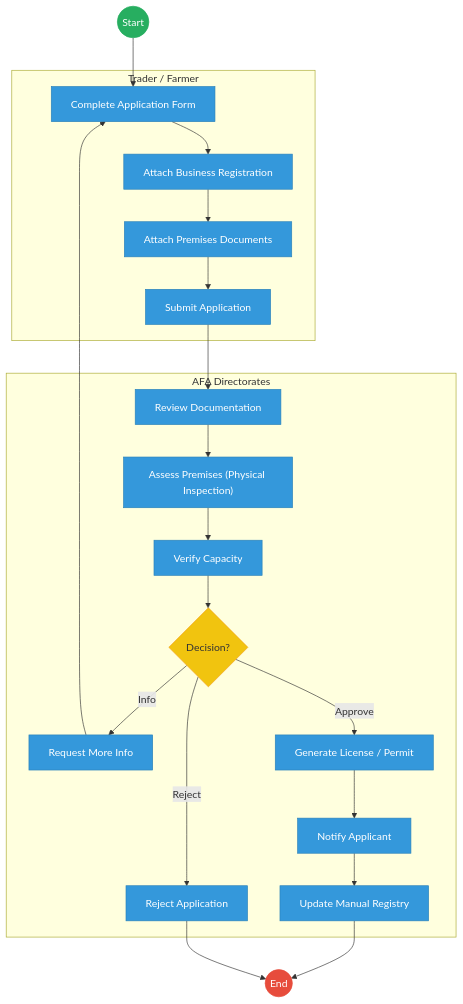
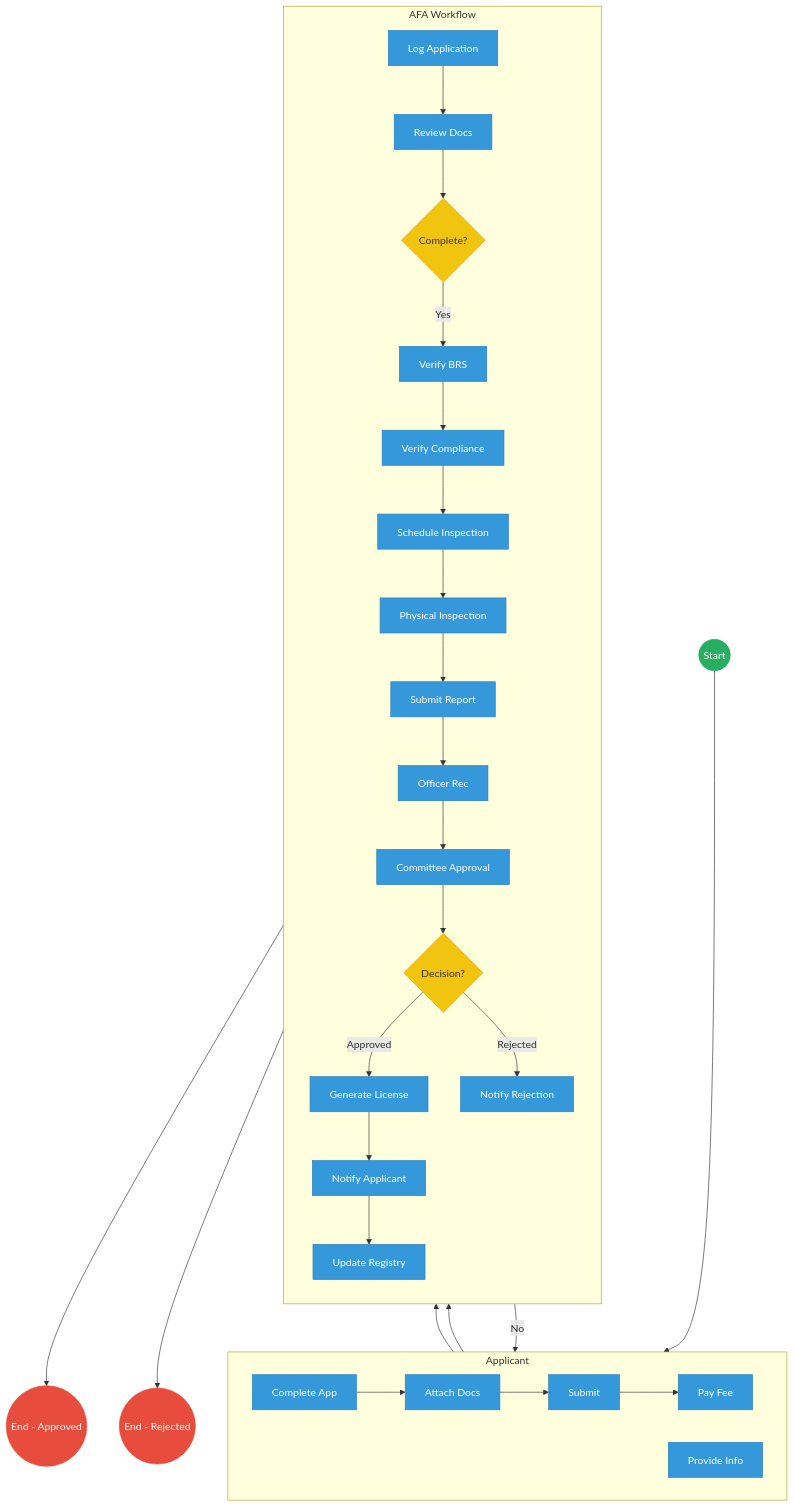
The first of 2 diagrams in mdas/docs_final/priority_mdas/Agriculture_and_Food_Authority___Service_Delivery.md (BITZ-IT-Consulting-LTD/ictapoc), drawn with Mermaid before and after one commit. The commit also changed other lines of this file and 109 other files, not shown here.

````diff
--- a/mdas/docs_final/priority_mdas/Agriculture_and_Food_Authority___Service_Delivery.md
+++ b/mdas/docs_final/priority_mdas/Agriculture_and_Food_Authority___Service_Delivery.md
@@ -20,38 +20,56 @@
 ```mermaid
-graph TD
-    Start((Start)) --> CompleteForm["Complete Application Form"]
-    
-    subgraph Applicant [Trader / Farmer]
-        CompleteForm --> AttachBRS["Attach Business Registration"]
-        AttachBRS --> AttachPremises["Attach Premises Documents"]
-        AttachPremises --> Submit["Submit Application"]
+flowchart TD
+    %% Events
+    Start((Start))
+    EndApprove((End - Approved))
+    EndReject((End - Rejected))
+
+    subgraph Applicant [Applicant]
+        direction LR
+        CompleteApp[Complete App] --> AttachDocs[Attach Docs]
+        AttachDocs --> SubmitApp[Submit]
+        SubmitApp --> PayFee[Pay Fee]
+        ProvideMoreInfo[Provide Info]
     end
-    
-    subgraph AFA [AFA Directorates]
-        Submit --> ReviewDocs["Review Documentation"]
-        ReviewDocs --> AssessPrem["Assess Premises (Physical Inspection)"]
-        AssessPrem --> VerifyCap["Verify Capacity"]
-        VerifyCap --> Decision{"Decision?"}
+
+    subgraph AFA [AFA Workflow]
+        direction TB
+        LogApp[Log Application] --> ReviewDocs[Review Docs]
+        ReviewDocs --> DocsGateway{Complete?}
         
-        Decision -- "Info" --> RequestInfo["Request More Info"]
-        RequestInfo --> CompleteForm
+        DocsGateway -- "No" --> ProvideMoreInfo
+        ProvideMoreInfo --> ReviewDocs
         
-        Decision -- "Reject" --> Reject["Reject Application"]
+        DocsGateway -- "Yes" --> VerifyBRS[Verify BRS]
+        VerifyBRS --> VerifyCompliance[Verify Compliance]
+        VerifyCompliance --> ScheduleInsp[Schedule Inspection]
+        ScheduleInsp --> PhysInsp[Physical Inspection]
+        PhysInsp --> SubmitInspReport[Submit Report]
+        SubmitInspReport --> OfficerRec[Officer Rec]
+        OfficerRec --> DirApproval[Committee Approval]
+        DirApproval --> ApprovalGateway{Decision?}
         
-        Decision -- "Approve" --> GenLicense["Generate License / Permit"]
-        GenLicense --> Notify["Notify Applicant"]
-        Notify --> UpdateReg["Update Manual Registry"]
+        ApprovalGateway -- "Approved" --> GenLicense[Generate License]
+        GenLicense --> NotifyApp[Notify Applicant]
+        NotifyApp --> UpdateReg[Update Registry]
+        
+        ApprovalGateway -- "Rejected" --> NotifyReject[Notify Rejection]
     end
-    
-    UpdateReg --> End((End))
-    Reject --> End
 
-    classDef start fill:#27ae60,stroke:#27ae60,color:#fff;
-    classDef endNode fill:#e74c3c,stroke:#e74c3c,color:#fff;
+    %% Flow connections between subgraphs
+    Start --> CompleteApp
+    PayFee --> LogApp
+    UpdateReg --> EndApprove
+    NotifyReject --> EndReject
+
+    %% Styling
+    classDef startEvent fill:#27ae60,stroke:#27ae60,color:#fff;
+    classDef endEvent fill:#e74c3c,stroke:#e74c3c,color:#fff;
     classDef userTask fill:#3498db,stroke:#2980b9,color:#fff;
     classDef gateway fill:#f1c40f,stroke:#f39c12,color:#333;
-    class Start start;
-    class End endNode;
-    class Decision gateway;
-    class CompleteForm,AttachBRS,AttachPremises,Submit,ReviewDocs,AssessPrem,VerifyCap,RequestInfo,Reject,GenLicense,Notify,UpdateReg userTask;
+    
+    class Start startEvent;
+    class EndApprove,EndReject endEvent;
+    class DocsGateway,ApprovalGateway gateway;
+    class CompleteApp,AttachDocs,SubmitApp,PayFee,ProvideMoreInfo,LogApp,ReviewDocs,VerifyBRS,VerifyCompliance,ScheduleInsp,PhysInsp,SubmitInspReport,OfficerRec,DirApproval,GenLicense,NotifyApp,UpdateReg,NotifyReject userTask;
 ```
````
